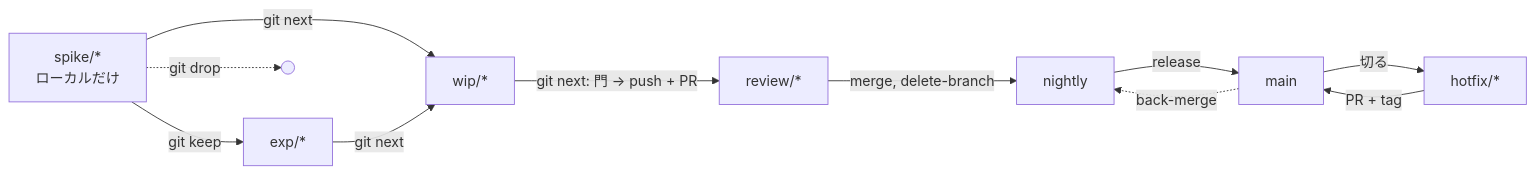
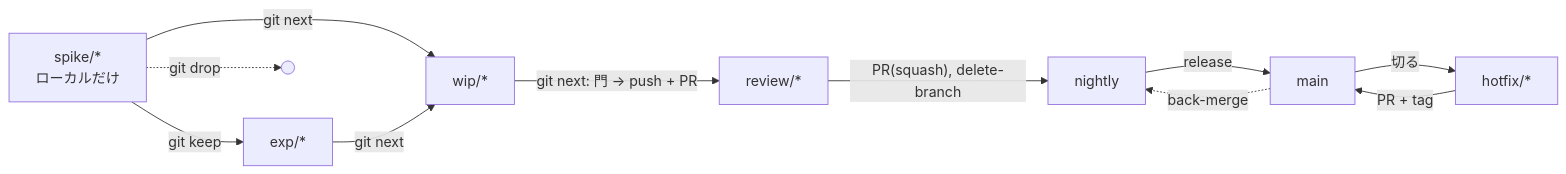
The diagram in docs/design/02-branch-step-naming.md (chronista-club/plugin-chronista-style), drawn with Mermaid before and after one commit. The commit also changed other lines of this file and 5 other files, not shown here.

First line of the commit message:
fix: branch-step — nexus deep review の should 1/3/4/5 と nit、mako 裁定（squash）

````diff
--- a/docs/design/02-branch-step-naming.md
+++ b/docs/design/02-branch-step-naming.md
@@ -33,13 +33,13 @@
 ```mermaid
 flowchart LR
   spike["spike/*<br/>ローカルだけ"] -->|git next| wip["wip/*"]
   spike -->|git keep| exp["exp/*"]
   spike -.->|git drop| x(( ))
   exp -->|git next| wip
   wip -->|"git next: 門 → push + PR"| review["review/*"]
-  review -->|merge, delete-branch| nightly
+  review -->|"PR(squash), delete-branch"| nightly
   nightly -->|release| main
   main -->|切る| hotfix["hotfix/*"]
   hotfix -->|PR + tag| main
   main -.->|back-merge| nightly
 ```
````
